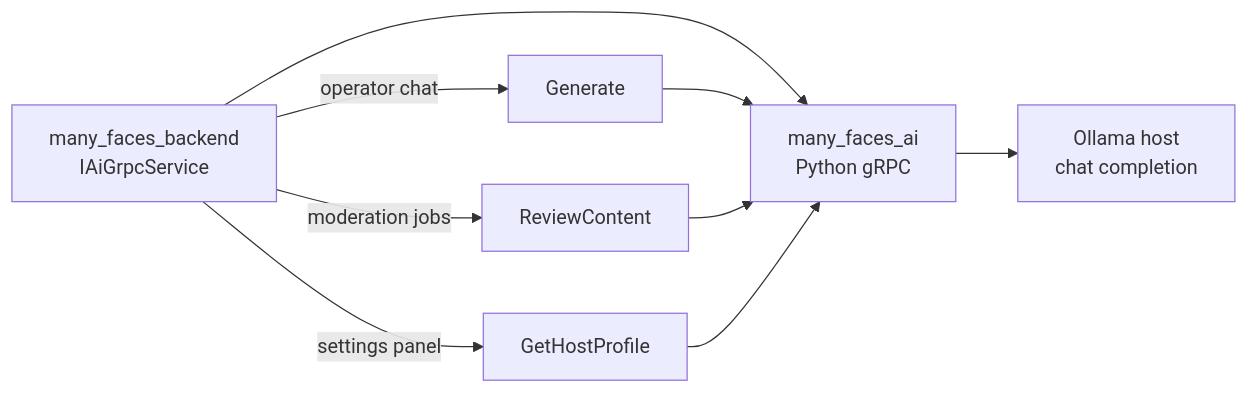
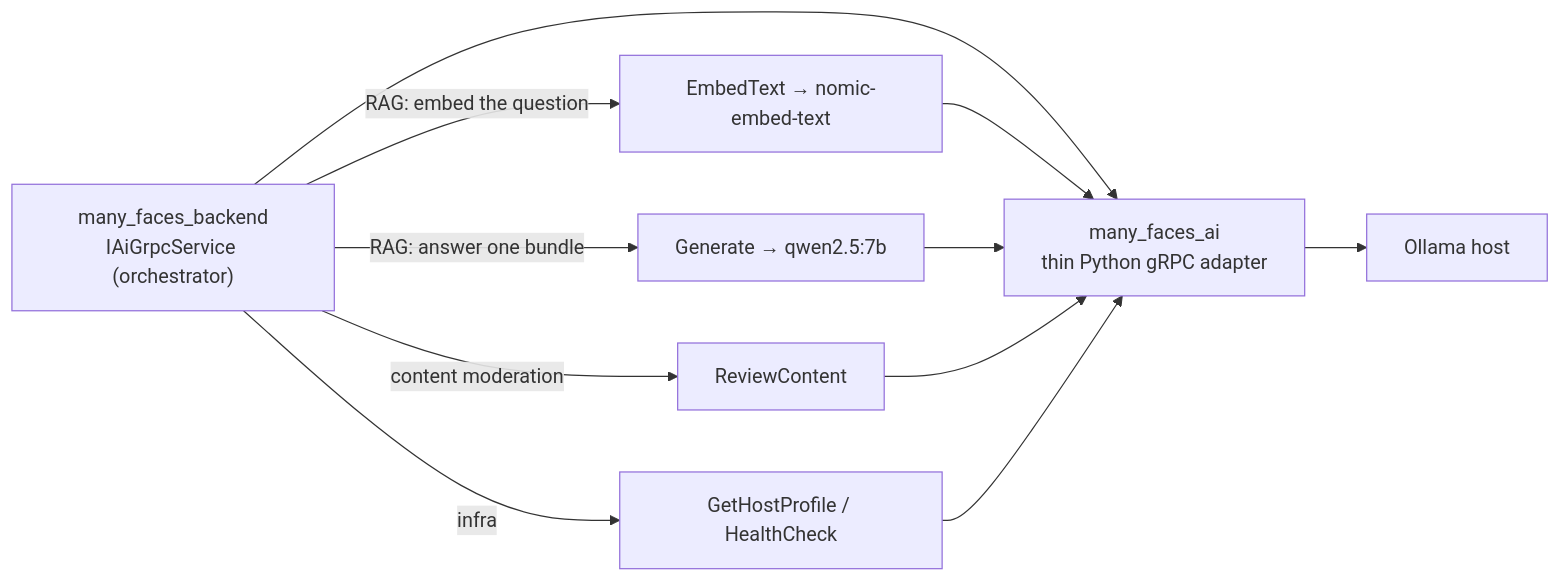
The diagram in README.md (01laky/many_faces_ai), drawn with Mermaid before and after one commit. The commit also changed other lines of this file, not shown here.

First line of the commit message:
docs(readme): rework AI architecture overview around RAG + skills

````diff
--- a/README.md
+++ b/README.md
@@ -37,11 +37,13 @@
 ```mermaid
 flowchart LR
-    be["many_faces_backend<br/>IAiGrpcService"] --> grpc["many_faces_ai<br/>Python gRPC"]
-    grpc --> ollama["Ollama host<br/>chat completion"]
-    be -->|"operator chat"| gen["Generate"]
-    be -->|"moderation jobs"| review["ReviewContent"]
-    be -->|"settings panel"| profile["GetHostProfile"]
+    be["many_faces_backend<br/>IAiGrpcService (orchestrator)"] --> grpc["many_faces_ai<br/>thin Python gRPC adapter"]
+    grpc --> ollama["Ollama host"]
+    be -->|"RAG: embed the question"| embed["EmbedText → nomic-embed-text"]
+    be -->|"RAG: answer one bundle"| gen["Generate → qwen2.5:7b"]
+    be -->|"content moderation"| review["ReviewContent"]
+    be -->|"infra"| profile["GetHostProfile / HealthCheck"]
+    embed --> grpc
     gen --> grpc
     review --> grpc
     profile --> grpc
 ```
````
